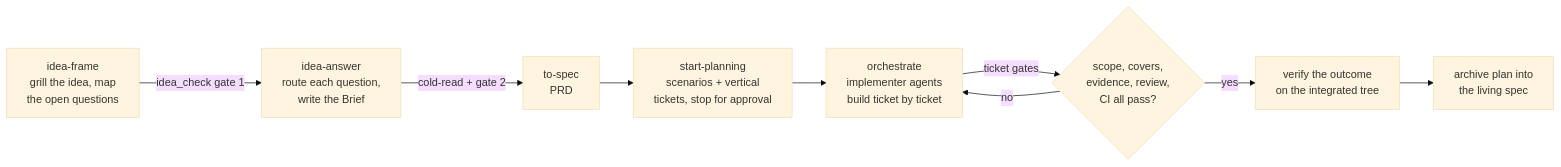
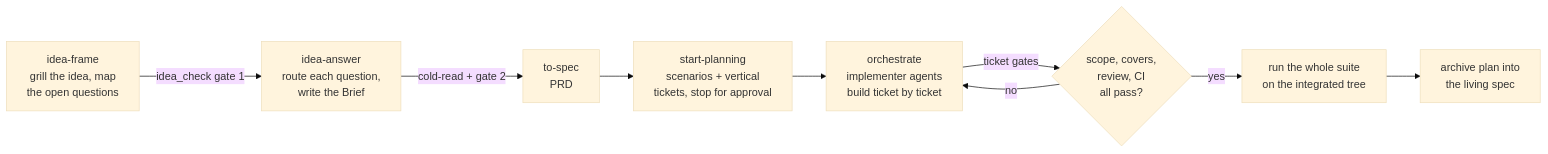
The diagram in README.md (FBisca/agent-skills), drawn with Mermaid (base theme) before and after one commit. The commit also changed other lines of this file and 19 other files, not shown here.

First line of the commit message:
refactor(skills): plans declare scenarios and tickets; the ticket's tests are the evidence

````diff
--- a/README.md
+++ b/README.md
@@ -11,11 +11,11 @@
 ```mermaid
 flowchart LR
     A["idea-frame<br/>grill the idea, map<br/>the open questions"] -->|idea_check gate 1| B["idea-answer<br/>route each question,<br/>write the Brief"]
     B -->|cold-read + gate 2| C["to-spec<br/>PRD"]
     C --> D["start-planning<br/>scenarios + vertical<br/>tickets, stop for approval"]
     D --> E["orchestrate<br/>implementer agents<br/>build ticket by ticket"]
-    E -->|ticket gates| F{"scope, covers,<br/>evidence, review,<br/>CI all pass?"}
+    E -->|ticket gates| F{"scope, covers,<br/>review, CI<br/>all pass?"}
     F -->|no| E
-    F -->|yes| H["verify the outcome<br/>on the integrated tree"]
+    F -->|yes| H["run the whole suite<br/>on the integrated tree"]
     H --> G["archive plan into<br/>the living spec"]
 ```
````
